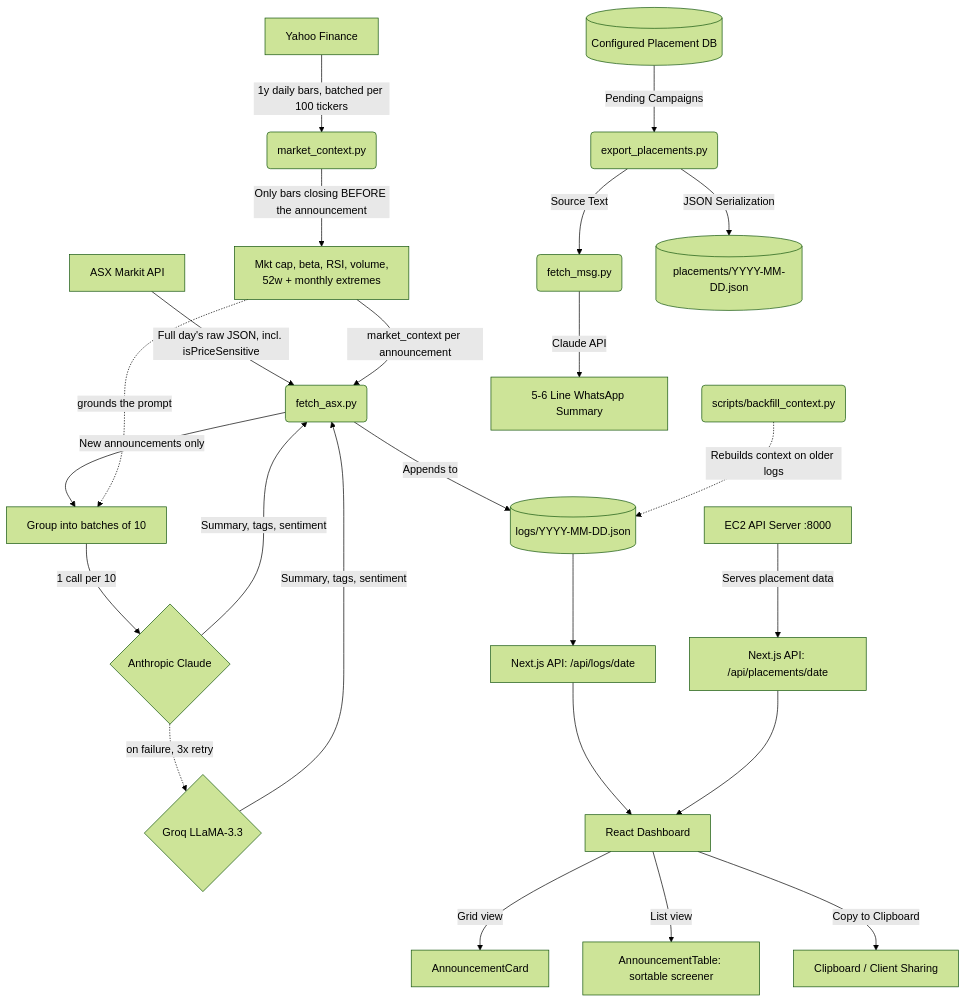
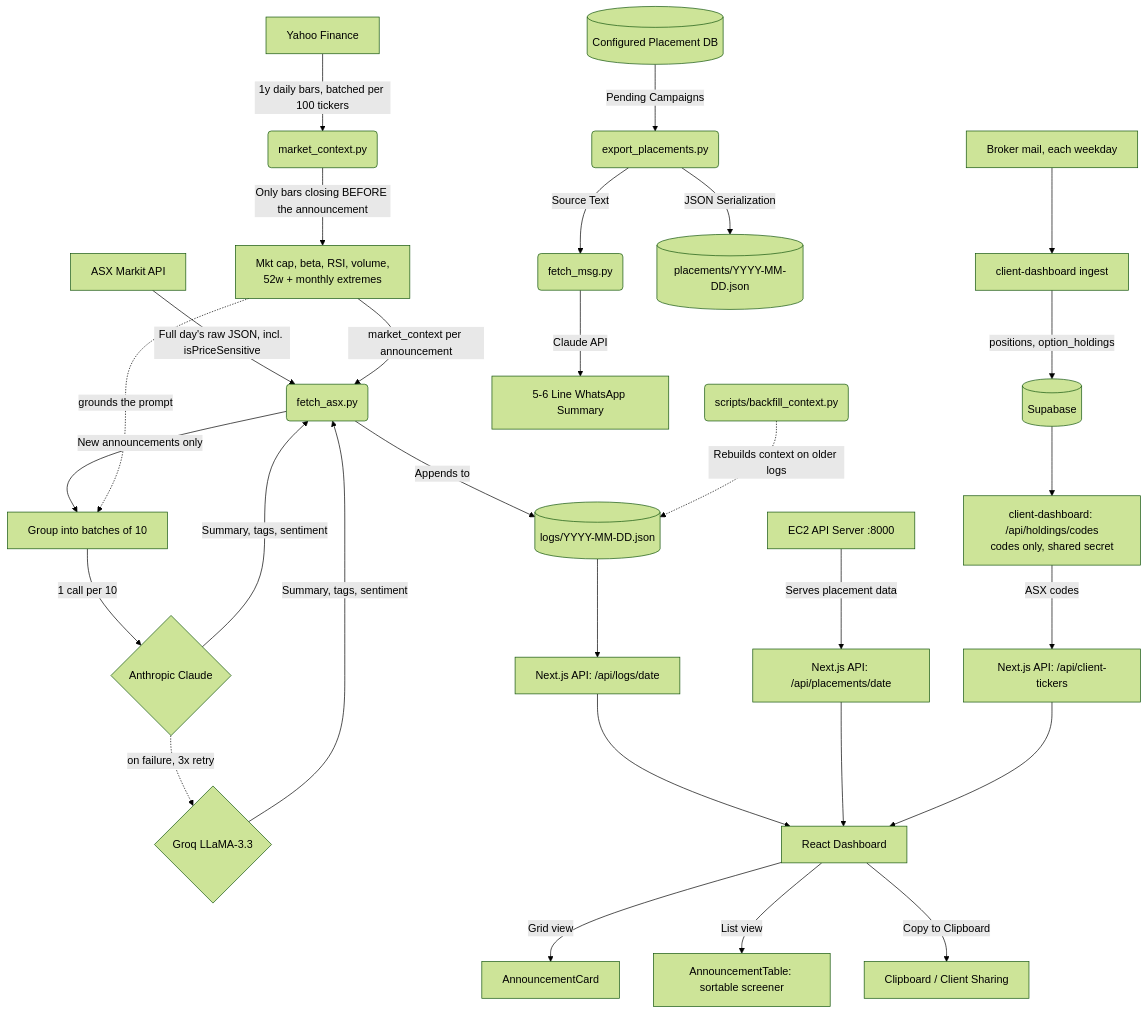
Before and after one commit to Vitti-Capital-Tech/ASX_Dashboard: the diagram in docs/HLD.md, drawn with Mermaid (forest theme). The commit also changed other lines of this file and 6 other files, not shown here.

````diff
--- a/docs/HLD.md
+++ b/docs/HLD.md
@@ -39,31 +40,38 @@
 ```mermaid
 graph TD
     %% ASX Announcements Pipeline
     ASX[ASX Markit API] -->|"Full day's raw JSON, incl. isPriceSensitive"| FA(fetch_asx.py)
     FA -->|New announcements only| GRP[Group into batches of 10]
     GRP -->|1 call per 10| CL{Anthropic Claude}
     CL -.->|on failure, 3x retry| GQ{Groq LLaMA-3.3}
     CL -->|Summary, tags, sentiment| FA
     GQ -->|Summary, tags, sentiment| FA
     YF[Yahoo Finance] -->|"1y daily bars, batched per 100 tickers"| MC(market_context.py)
     MC -->|"Only bars closing BEFORE the announcement"| MEAS["Mkt cap, beta, RSI, volume,<br/>52w + monthly extremes"]
     MEAS -->|market_context per announcement| FA
     MEAS -.->|grounds the prompt| GRP
     FA -->|Appends to| DL[(logs/YYYY-MM-DD.json)]
     BF(scripts/backfill_context.py) -.->|"Rebuilds context on older logs"| DL
     DL --> BFF1[Next.js API: /api/logs/date]
 
     %% Placement & IPO Pipeline
     DB[(Configured Placement DB)] -->|Pending Campaigns| EP(export_placements.py)
     EP -->|Source Text| FM(fetch_msg.py)
     FM -->|Claude API| WA[5-6 Line WhatsApp Summary]
     EP -->|JSON Serialization| PL[(placements/YYYY-MM-DD.json)]
     EC2[EC2 API Server :8000] -->|Serves placement data| BFF2[Next.js API: /api/placements/date]
 
     %% Frontend Layer
     BFF1 --> Dashboard[React Dashboard]
     BFF2 --> Dashboard
+
+    %% Client holdings (sibling deployment)
+    MAIL[Broker mail, each weekday] --> CD[client-dashboard ingest]
+    CD -->|positions, option_holdings| SB[(Supabase)]
+    SB --> CDAPI["client-dashboard: /api/holdings/codes<br/>codes only, shared secret"]
+    CDAPI -->|ASX codes| BFF3[Next.js API: /api/client-tickers]
+    BFF3 --> Dashboard
     Dashboard -->|Grid view| CARDS[AnnouncementCard]
     Dashboard -->|List view| TBL[AnnouncementTable: sortable screener]
     Dashboard -->|Copy to Clipboard| Clip[Clipboard / Client Sharing]
 ```
````
